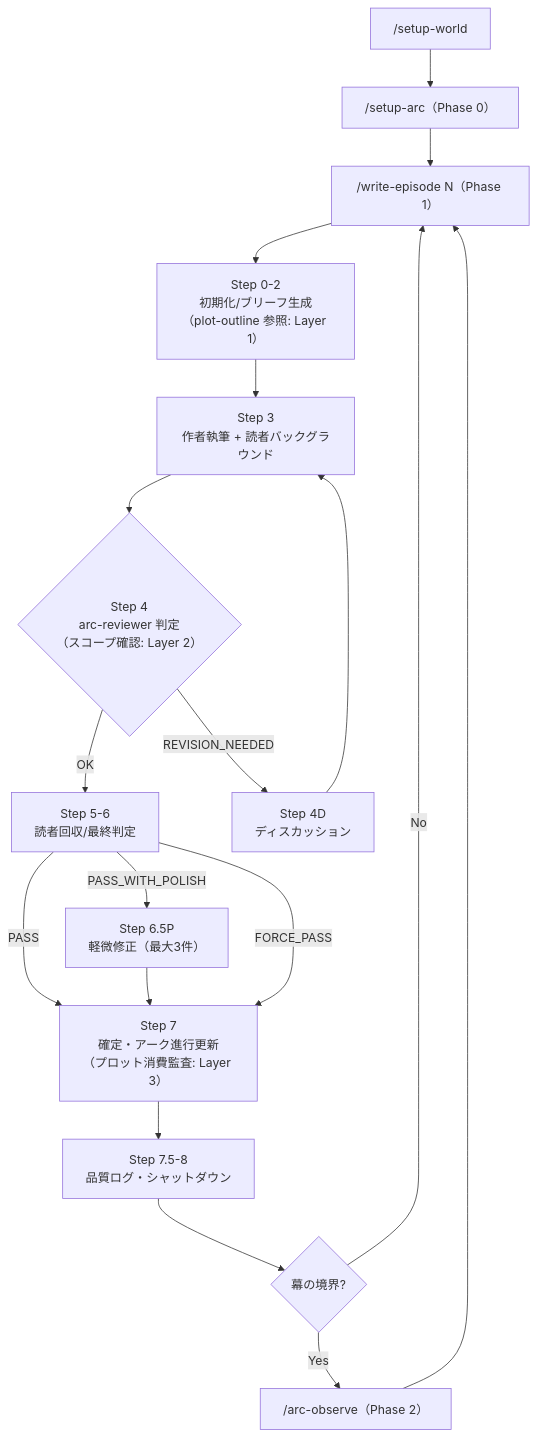
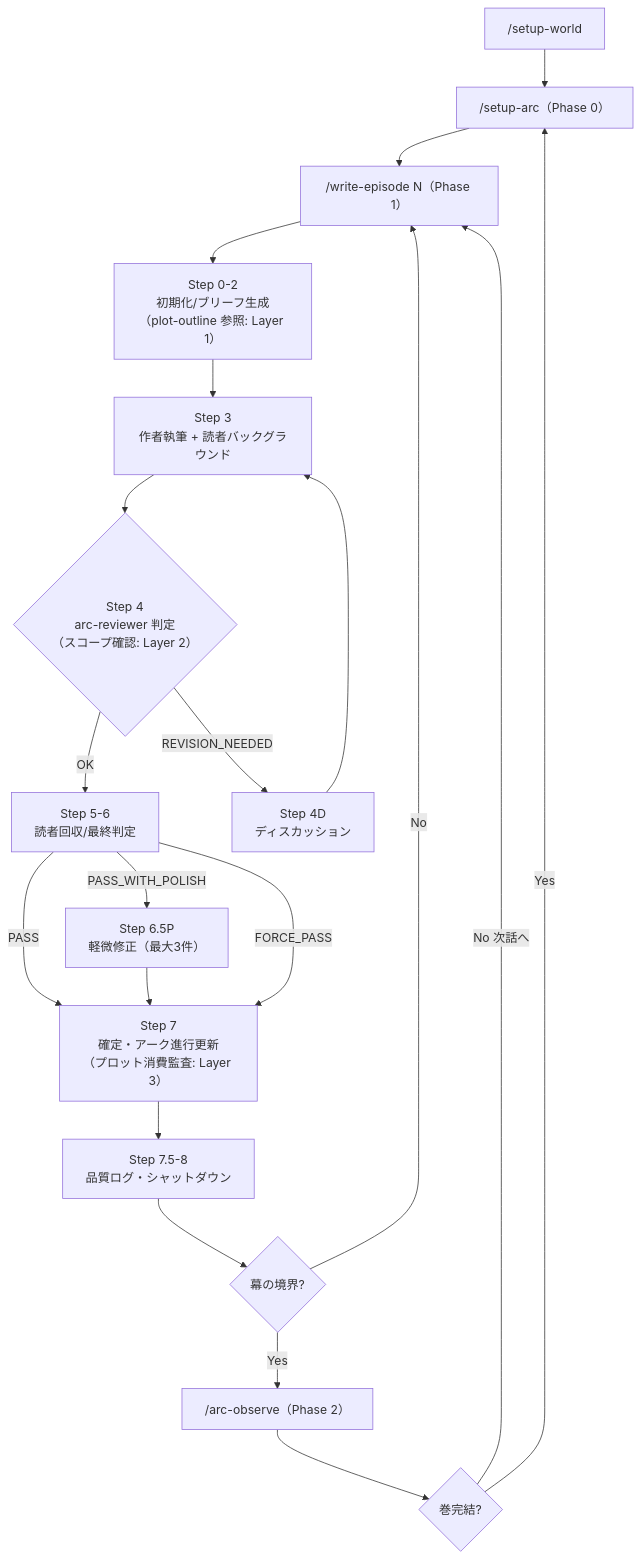
The first of 4 diagrams in docs/workflows.md (finelagusaz/Agentic_Writing), drawn with Mermaid before and after one commit. The commit also changed other lines of this file and 7 other files, not shown here.

````diff
--- a/docs/workflows.md
+++ b/docs/workflows.md
@@ -5,20 +5,22 @@
 ```mermaid
 flowchart TD
     SW["/setup-world"] --> SA["/setup-arc（Phase 0）"]
     SA --> W["/write-episode N（Phase 1）"]
     W --> D["Step 0-2\n初期化/ブリーフ生成\n（plot-outline 参照: Layer 1）"]
     D --> X["Step 3\n作者執筆 + 読者バックグラウンド"]
     X --> AR{"Step 4\narc-reviewer 判定\n（スコープ確認: Layer 2）"}
     AR -->|OK| H["Step 5-6\n読者回収/最終判定"]
     AR -->|REVISION_NEEDED| DD["Step 4D\nディスカッション"]
     DD --> X
     H -->|PASS| FIN["Step 7\n確定・アーク進行更新\n（プロット消費監査: Layer 3）"]
     H -->|PASS_WITH_POLISH| P["Step 6.5P\n軽微修正（最大3件）"]
     P --> FIN
     H -->|FORCE_PASS| FIN
     FIN --> END["Step 7.5-8\n品質ログ・シャットダウン"]
     END --> B{"幕の境界?"}
     B -->|Yes| AO["/arc-observe（Phase 2）"]
-    AO --> W
     B -->|No| W
+    AO --> VOL{"巻完結?"}
+    VOL -->|No 次話へ| W
+    VOL -->|Yes| SA
 ```
````
